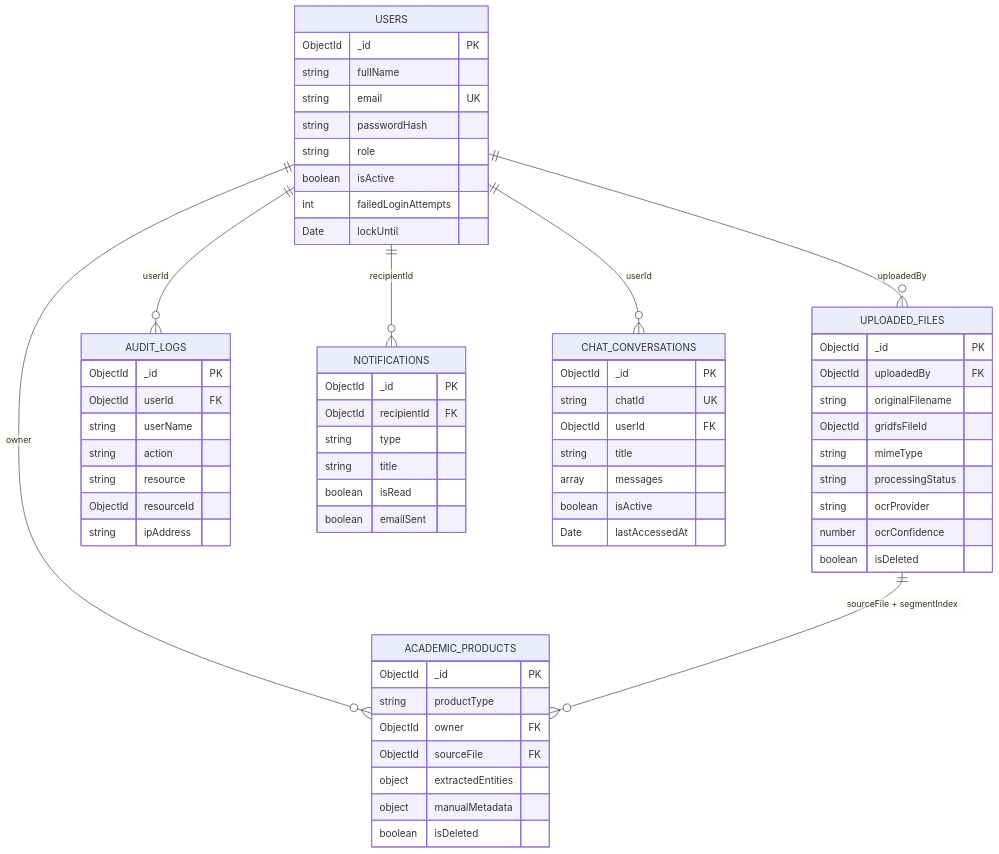
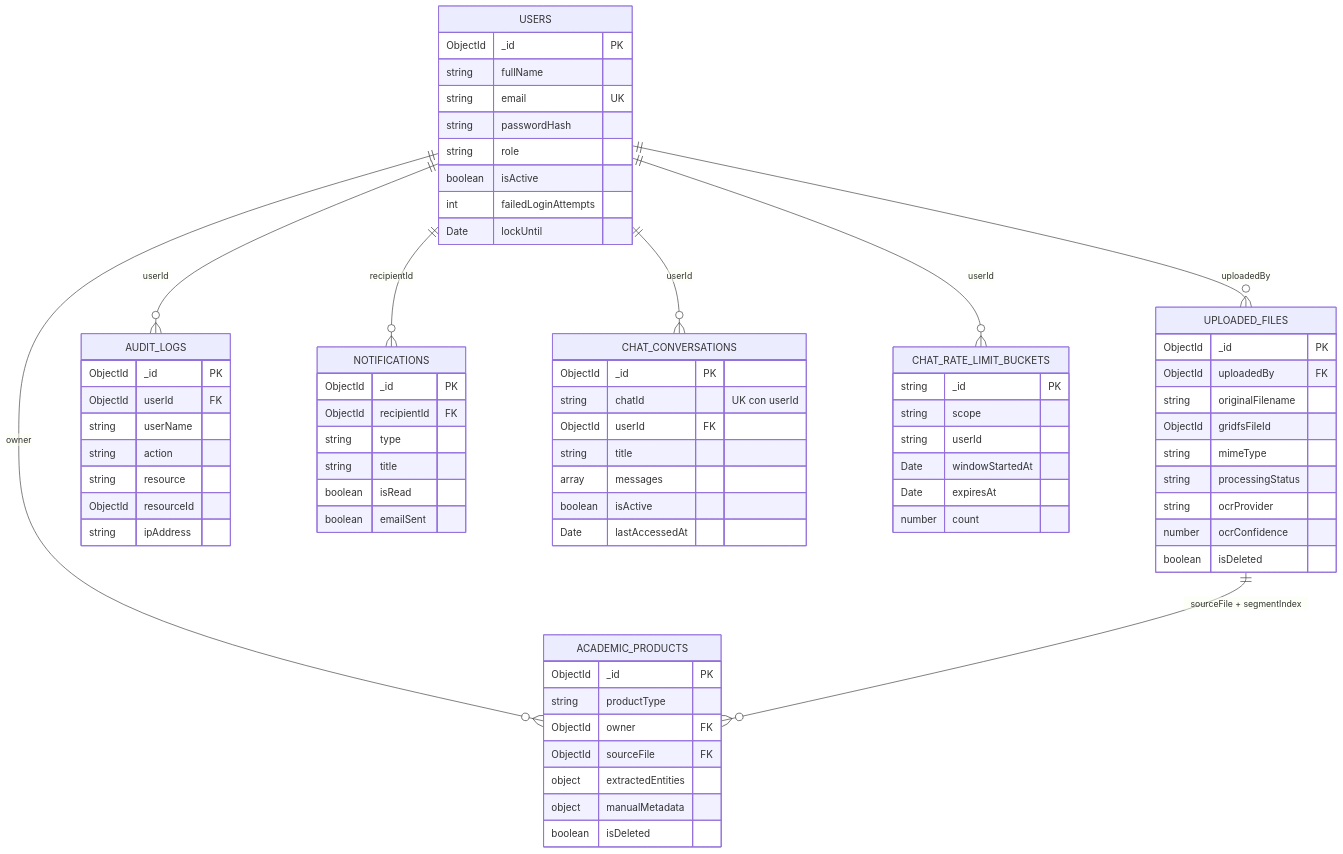
Before and after one commit to KarloZ7715/SIPAc: the diagram in docs/analisis-diseno/documentacion/04-modelo-datos.md, drawn with Mermaid. The commit also changed other lines of this file and 17 other files, not shown here.

Commit message:
docs(docs): actualizar diagramas y arquitectura de chat

````diff
--- a/docs/analisis-diseno/documentacion/04-modelo-datos.md
+++ b/docs/analisis-diseno/documentacion/04-modelo-datos.md
@@ -1158,71 +1211,81 @@
 ```mermaid
 erDiagram
     USERS {
         ObjectId _id PK
         string fullName
         string email UK
         string passwordHash
         string role
         boolean isActive
         int failedLoginAttempts
         Date lockUntil
     }
 
     UPLOADED_FILES {
         ObjectId _id PK
         ObjectId uploadedBy FK
         string originalFilename
         ObjectId gridfsFileId
         string mimeType
         string processingStatus
         string ocrProvider
         number ocrConfidence
         boolean isDeleted
     }
 
     ACADEMIC_PRODUCTS {
         ObjectId _id PK
         string productType
         ObjectId owner FK
         ObjectId sourceFile FK
         object extractedEntities
         object manualMetadata
         boolean isDeleted
     }
 
     AUDIT_LOGS {
         ObjectId _id PK
         ObjectId userId FK
         string userName
         string action
         string resource
         ObjectId resourceId
         string ipAddress
     }
 
     NOTIFICATIONS {
         ObjectId _id PK
         ObjectId recipientId FK
         string type
         string title
         boolean isRead
         boolean emailSent
     }
 
     CHAT_CONVERSATIONS {
         ObjectId _id PK
-        string chatId UK
+      string chatId "UK con userId"
         ObjectId userId FK
         string title
         array messages
         boolean isActive
         Date lastAccessedAt
     }
 
+    CHAT_RATE_LIMIT_BUCKETS {
+      string _id PK
+      string scope
+      string userId
+      Date windowStartedAt
+      Date expiresAt
+      number count
+    }
+
     USERS ||--o{ UPLOADED_FILES : "uploadedBy"
     USERS ||--o{ ACADEMIC_PRODUCTS : "owner"
     USERS ||--o{ AUDIT_LOGS : "userId"
     USERS ||--o{ NOTIFICATIONS : "recipientId"
     USERS ||--o{ CHAT_CONVERSATIONS : "userId"
+    USERS ||--o{ CHAT_RATE_LIMIT_BUCKETS : "userId"
     UPLOADED_FILES ||--o{ ACADEMIC_PRODUCTS : "sourceFile + segmentIndex"
 ```
````
